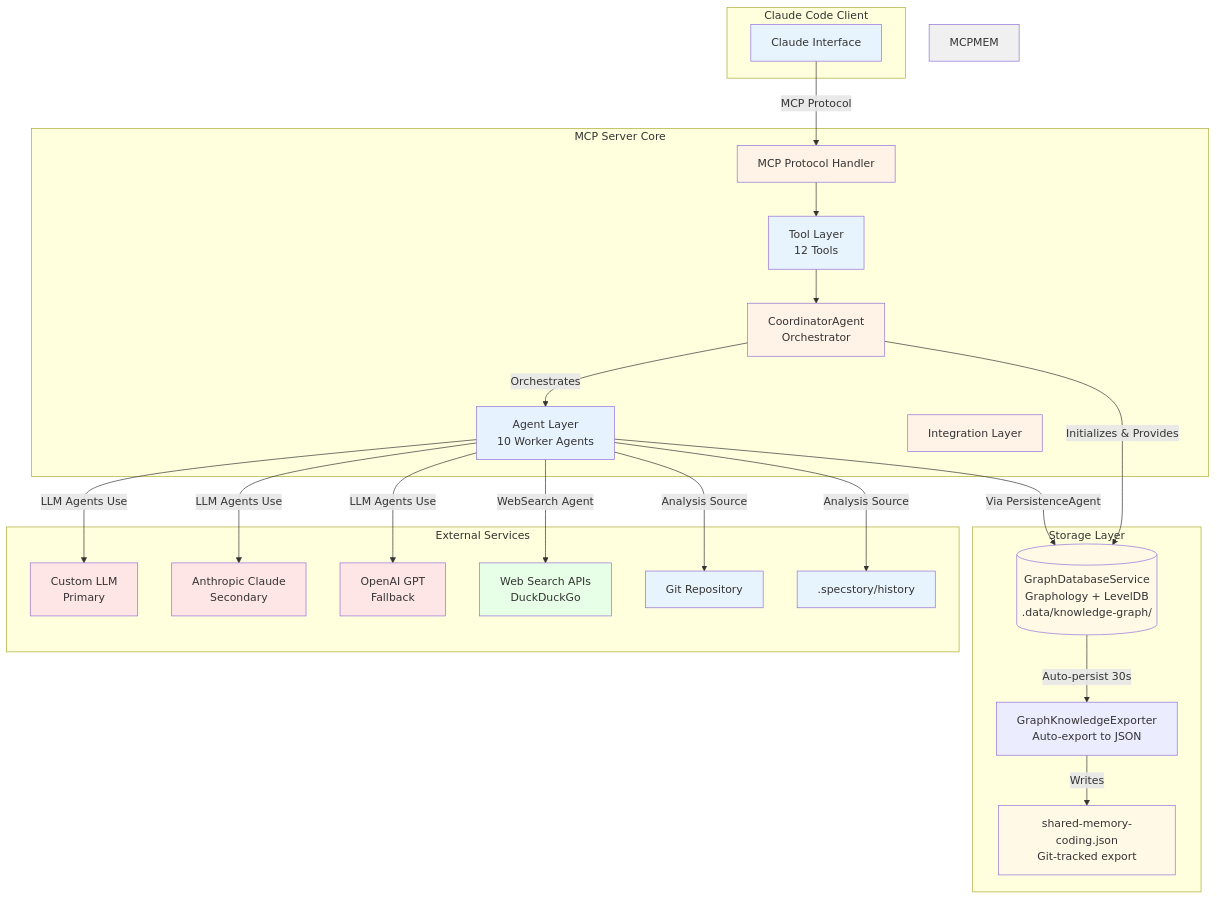
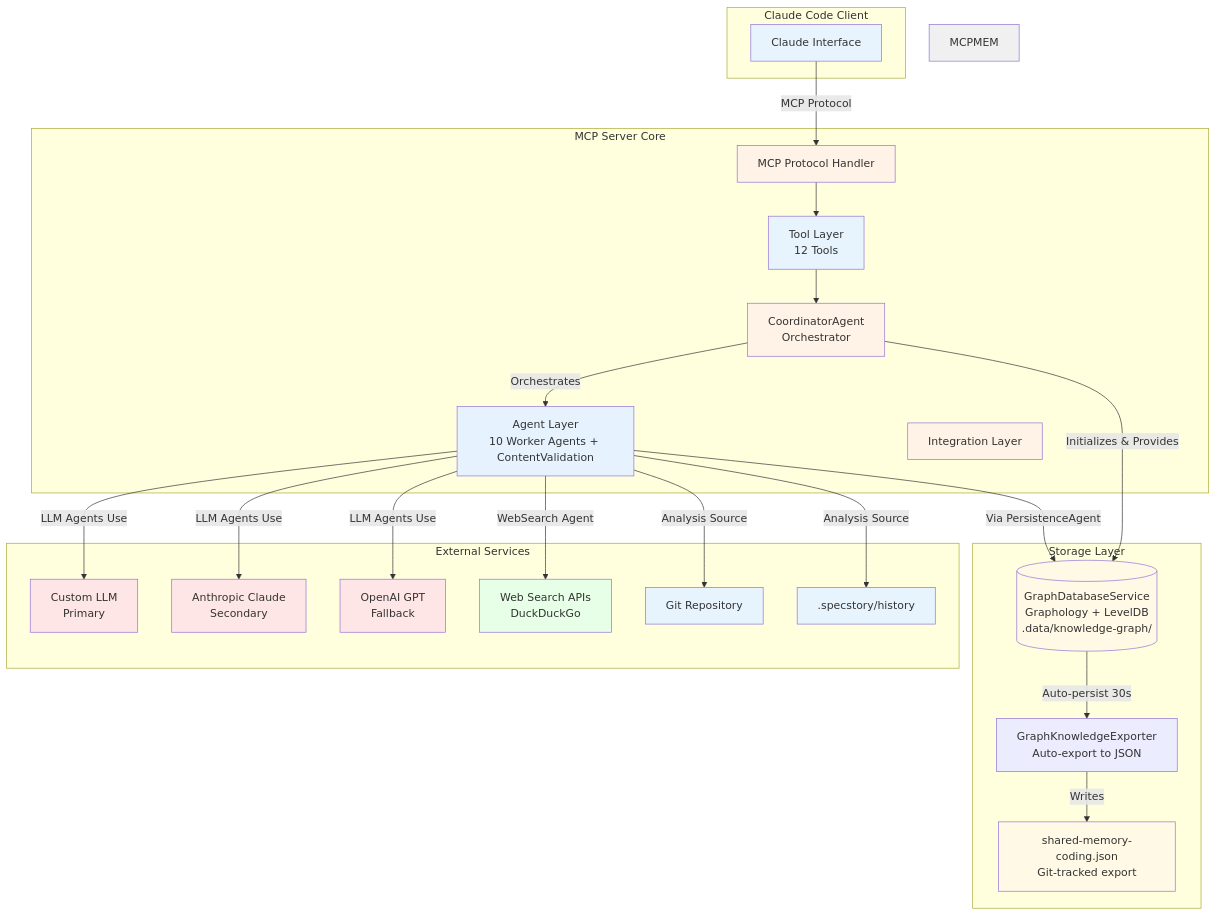
Before and after one commit to fwornle/mcp-server-semantic-analysis: the second of 3 diagrams in README.md, drawn with Mermaid. The commit also changed other lines of this file and 6 other files, not shown here.

````diff
--- a/README.md
+++ b/README.md
@@ -277,62 +282,62 @@
 ```mermaid
 graph TB
     subgraph "Claude Code Client"
         CLAUDE[Claude Interface]
     end
 
     subgraph "MCP Server Core"
         MCP[MCP Protocol Handler]
         TOOLS[Tool Layer<br/>12 Tools]
         COORD[CoordinatorAgent<br/>Orchestrator]
-        AGENTS[Agent Layer<br/>10 Worker Agents]
+        AGENTS[Agent Layer<br/>10 Worker Agents + ContentValidation]
         INTEG[Integration Layer]
     end
 
     subgraph "Storage Layer"
         GRAPHDB[(GraphDatabaseService<br/>Graphology + LevelDB<br/>.data/knowledge-graph/)]
         EXPORT[GraphKnowledgeExporter<br/>Auto-export to JSON]
         SHARED[shared-memory-coding.json<br/>Git-tracked export]
     end
 
     subgraph "External Services"
         CUSTOM[Custom LLM<br/>Primary]
         ANTHROPIC[Anthropic Claude<br/>Secondary]
         OPENAI[OpenAI GPT<br/>Fallback]
         SEARCH[Web Search APIs<br/>DuckDuckGo]
         GIT[Git Repository]
         HIST[.specstory/history]
     end
 
     CLAUDE -->|MCP Protocol| MCP
     MCP --> TOOLS
     TOOLS --> COORD
     COORD -->|Orchestrates| AGENTS
 
     AGENTS -->|LLM Agents Use| CUSTOM
     AGENTS -->|LLM Agents Use| ANTHROPIC
     AGENTS -->|LLM Agents Use| OPENAI
     AGENTS -->|WebSearch Agent| SEARCH
     AGENTS -->|Analysis Source| GIT
     AGENTS -->|Analysis Source| HIST
 
     COORD -->|Initializes & Provides| GRAPHDB
     AGENTS -->|Via PersistenceAgent| GRAPHDB
     GRAPHDB -->|Auto-persist 30s| EXPORT
     EXPORT -->|Writes| SHARED
 
     style CLAUDE fill:#e8f4fd
     style MCP fill:#fff2e6
     style TOOLS fill:#e8f4fd
     style COORD fill:#fff2e6
     style AGENTS fill:#e6f3ff
     style INTEG fill:#fff2e6
     style CUSTOM fill:#ffe6e6
     style ANTHROPIC fill:#ffe6e6
     style OPENAI fill:#ffe6e6
     style SEARCH fill:#e6ffe6
     style GRAPHDB fill:#fff9e6
     style SHARED fill:#fff9e6
     style MCPMEM fill:#f0f0f0
     style GIT fill:#e8f4fd
     style HIST fill:#e8f4fd
 ```
````
